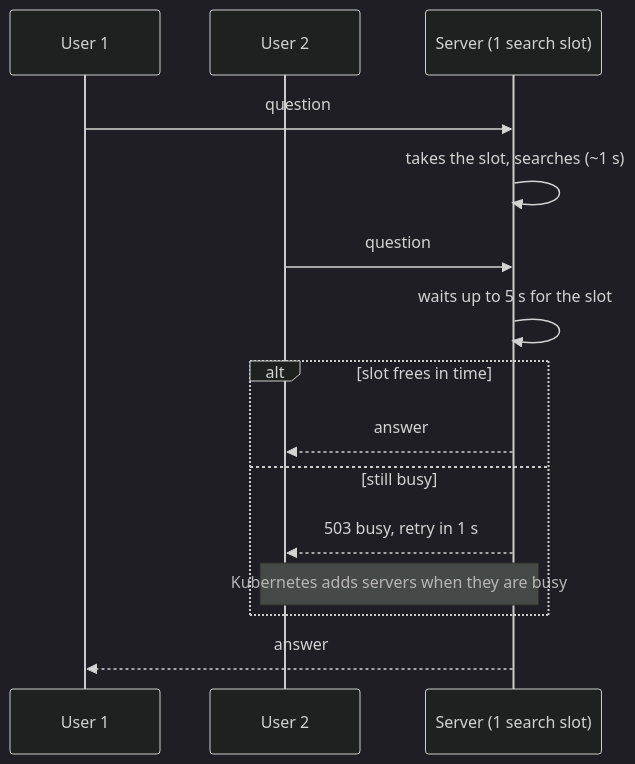
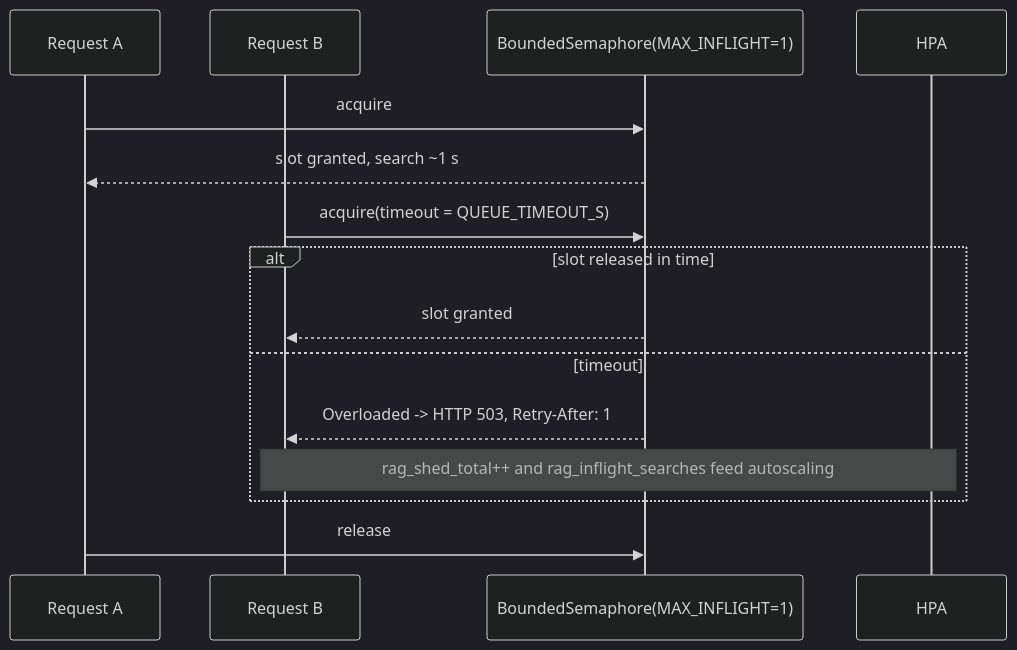
Diagram 11 of 13 in README.md (pavanaditya123/healthcare-rag-assistant), drawn with Mermaid (dark theme) before and after one commit. The commit also changed other lines of this file, not shown here.

Commit message:
README: technical diagrams per component, each followed by an everyday explanation

````diff
--- a/README.md
+++ b/README.md
@@ -535,17 +530,17 @@
 ```mermaid
 sequenceDiagram
-    participant U1 as User 1
-    participant U2 as User 2
-    participant P as Server (1 search slot)
-    U1->>P: question
-    P->>P: takes the slot, searches (~1 s)
-    U2->>P: question
-    P->>P: waits up to 5 s for the slot
-    alt slot frees in time
-        P-->>U2: answer
-    else still busy
-        P-->>U2: 503 busy, retry in 1 s
-        Note over U2,P: Kubernetes adds servers when they are busy
+    participant A as Request A
+    participant B as Request B
+    participant S as BoundedSemaphore(MAX_INFLIGHT=1)
+    participant H as HPA
+    A->>S: acquire
+    S-->>A: slot granted, search ~1 s
+    B->>S: acquire(timeout = QUEUE_TIMEOUT_S)
+    alt slot released in time
+        S-->>B: slot granted
+    else timeout
+        S-->>B: Overloaded -> HTTP 503, Retry-After: 1
+        Note over B,H: rag_shed_total++ and rag_inflight_searches feed autoscaling
     end
-    P-->>U1: answer
+    A->>S: release
 ```
````
